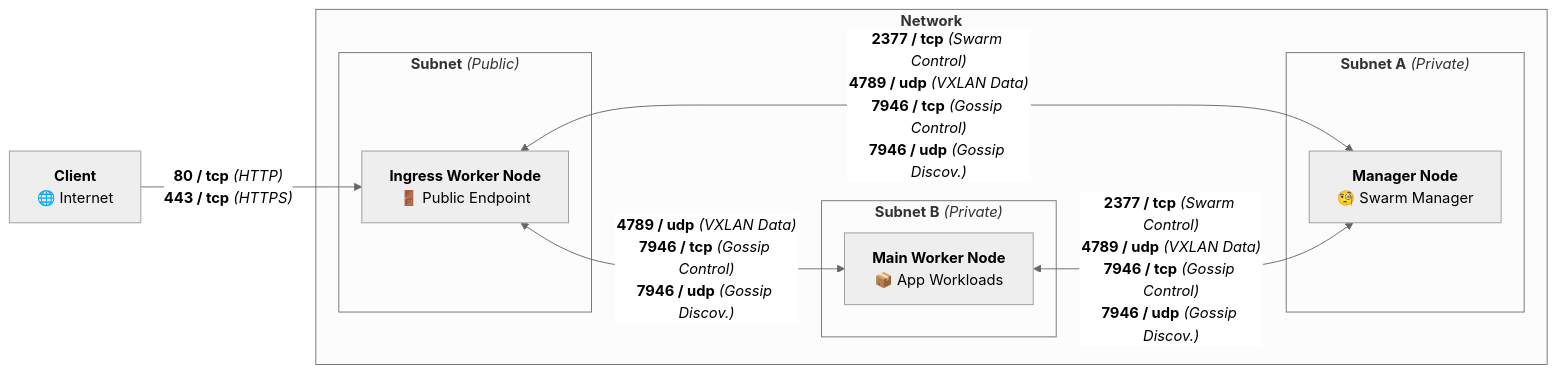
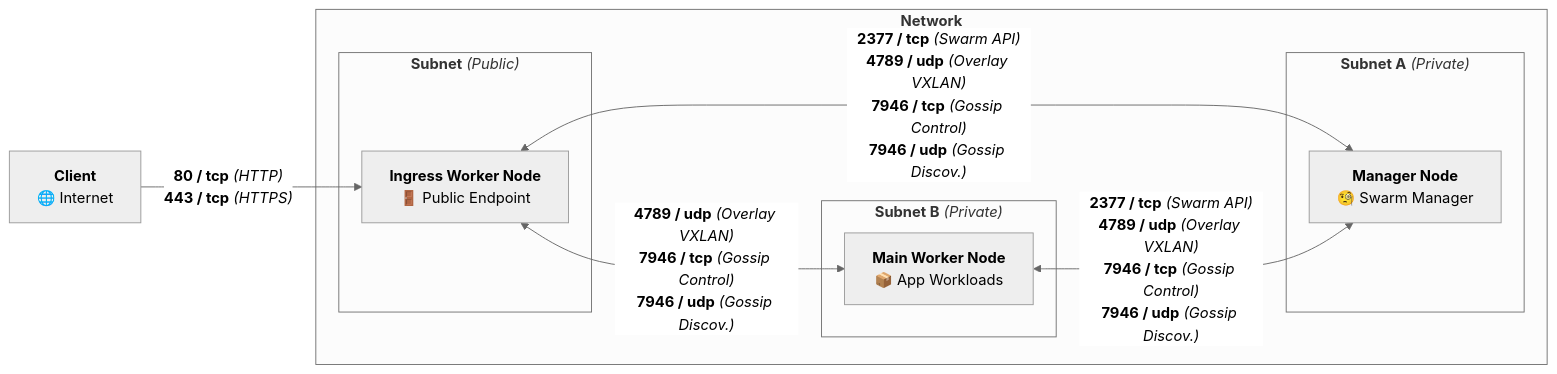
The diagram in README.md (cloud-skeleton/prerequisites), drawn with Mermaid (neutral theme) before and after one commit.

Commit message:
better port names

````diff
--- a/README.md
+++ b/README.md
@@ -21,27 +21,27 @@
 ```mermaid
 graph LR
 
   external_client["<b>Client</b><br>🌐 Internet"]
 
   subgraph "<b>Network</b>"
     subgraph "<b>Subnet</b> <i>(Public)</i>"
       ingress["<b>Ingress Worker Node</b><br>🚪 Public Endpoint"]
     end
 
     subgraph "<b>Subnet A</b> <i>(Private)</i>"
       manager["<b>Manager Node</b><br>🧐 Swarm Manager"]
     end
 
     subgraph "<b>Subnet B</b> <i>(Private)</i>"
       worker["<b>Main Worker Node</b><br>📦 App Workloads"]
     end
   end
 
   external_client -->|"<b>80 / tcp</b> <i>(HTTP)</i><br><b>443 / tcp</b> <i>(HTTPS)</i>"| ingress
 
-  ingress <-->|"<b>4789 / udp</b> <i>(VXLAN Data)</i><br><b>7946 / tcp</b> <i>(Gossip Control)</i><br><b>7946 / udp</b> <i>(Gossip Discov.)</i>"| worker
+  ingress <-->|"<b>4789 / udp</b> <i>(Overlay VXLAN)</i><br><b>7946 / tcp</b> <i>(Gossip Control)</i><br><b>7946 / udp</b> <i>(Gossip Discov.)</i>"| worker
 
-  ingress <-->|"<b>2377 / tcp</b> <i>(Swarm Control)</i><br><b>4789 / udp</b> <i>(VXLAN Data)</i><br><b>7946 / tcp</b> <i>(Gossip Control)</i><br><b>7946 / udp</b> <i>(Gossip Discov.)</i>"| manager
+  ingress <-->|"<b>2377 / tcp</b> <i>(Swarm API)</i><br><b>4789 / udp</b> <i>(Overlay VXLAN)</i><br><b>7946 / tcp</b> <i>(Gossip Control)</i><br><b>7946 / udp</b> <i>(Gossip Discov.)</i>"| manager
 
-  worker <-->|"<b>2377 / tcp</b> <i>(Swarm Control)</i><br><b>4789 / udp</b> <i>(VXLAN Data)</i><br><b>7946 / tcp</b> <i>(Gossip Control)</i><br><b>7946 / udp</b> <i>(Gossip Discov.)</i>"| manager
+  worker <-->|"<b>2377 / tcp</b> <i>(Swarm API)</i><br><b>4789 / udp</b> <i>(Overlay VXLAN)</i><br><b>7946 / tcp</b> <i>(Gossip Control)</i><br><b>7946 / udp</b> <i>(Gossip Discov.)</i>"| manager
 ```
````
